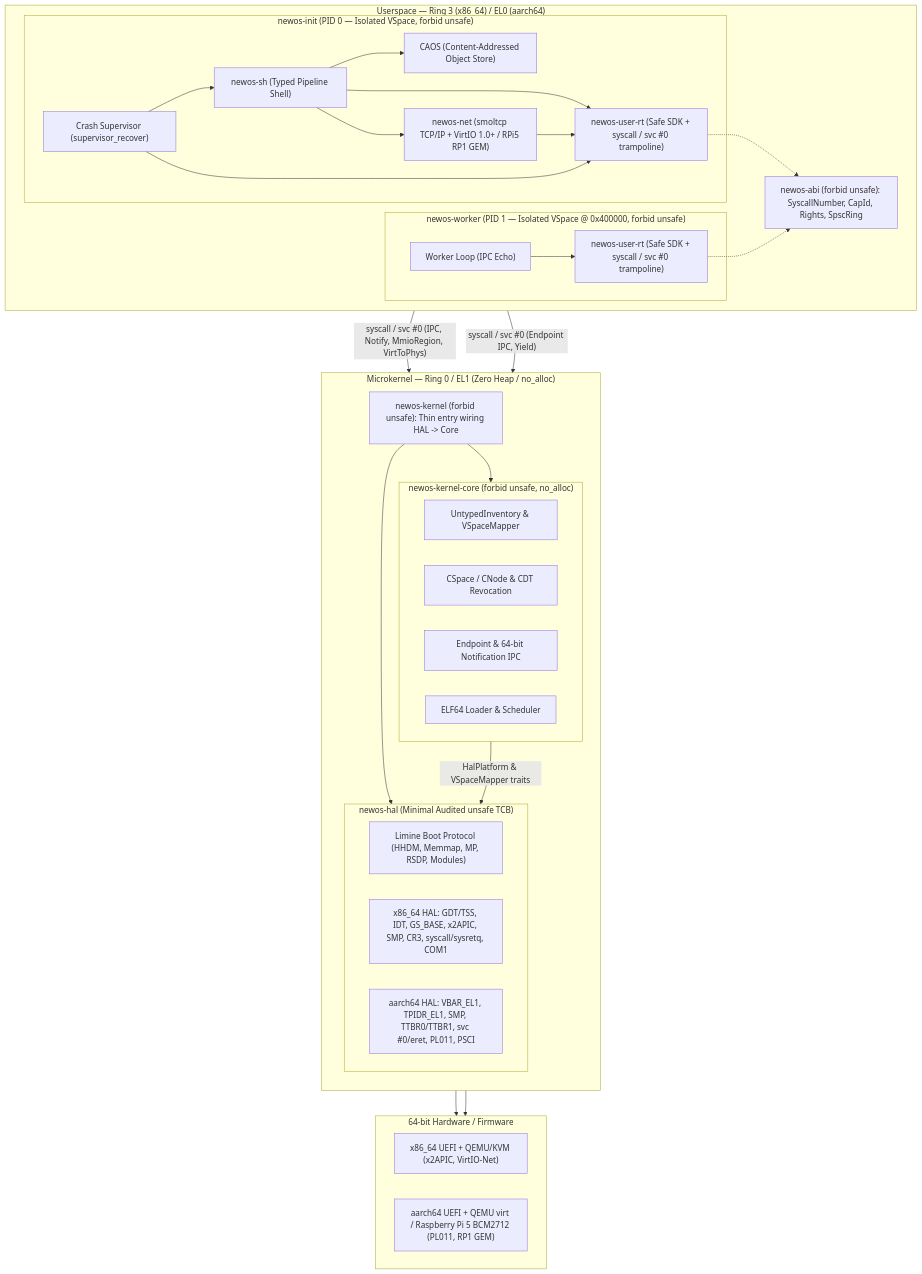
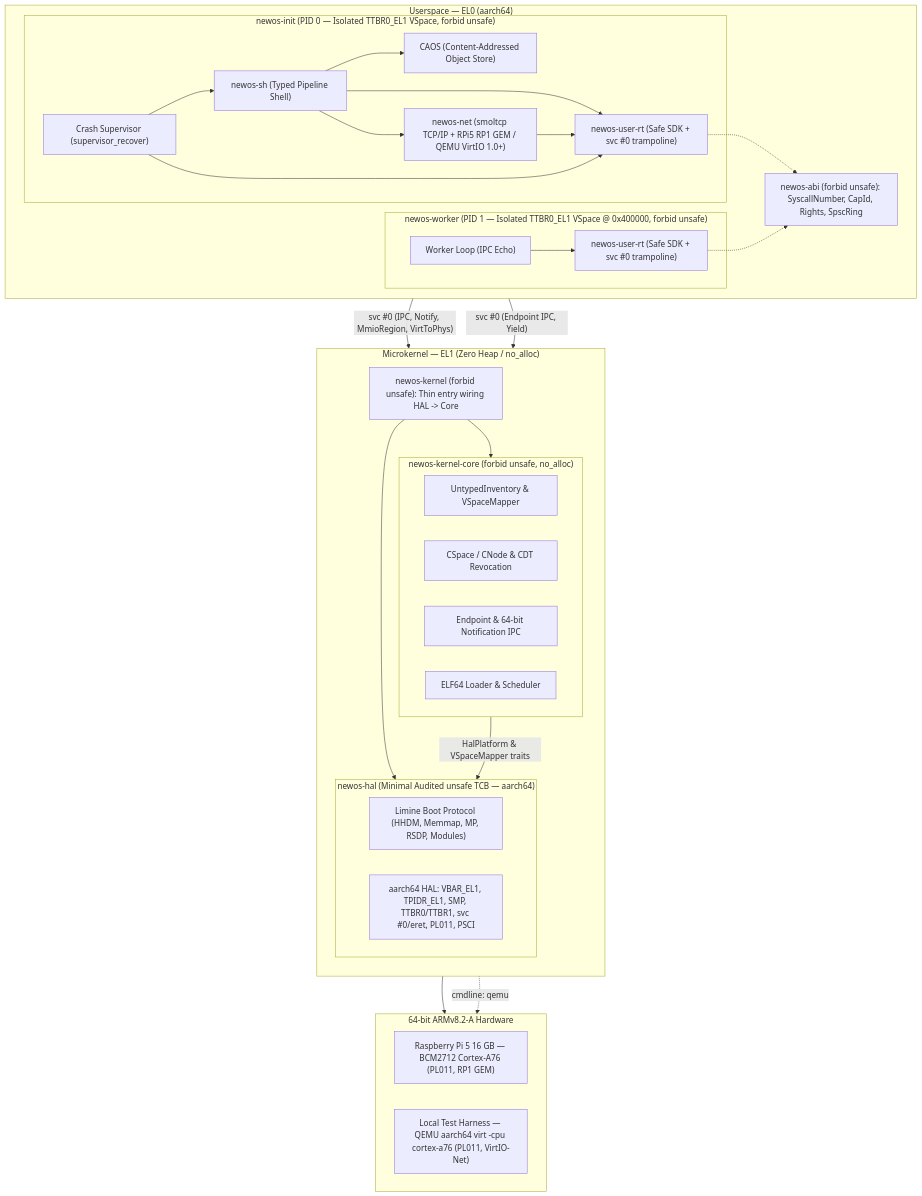
The first of 2 diagrams in README.md (laurentgrangeau/newos), drawn with Mermaid before and after one commit. The commit also changed other lines of this file and 37 other files, not shown here.

Commit message:
refactor: target Raspberry Pi 5 16 GB (aarch64/BCM2712) exclusively

````diff
--- a/README.md
+++ b/README.md
@@ -24,65 +23,64 @@
 ```mermaid
 flowchart TB
-    subgraph Userspace["Userspace — Ring 3 (x86_64) / EL0 (aarch64)"]
+    subgraph Userspace["Userspace — EL0 (aarch64)"]
         direction LR
 
-        subgraph InitProc["newos-init (PID 0 — Isolated VSpace, forbid unsafe)"]
+        subgraph InitProc["newos-init (PID 0 — Isolated TTBR0_EL1 VSpace, forbid unsafe)"]
             Shell["newos-sh (Typed Pipeline Shell)"]
             CAOS["CAOS (Content-Addressed Object Store)"]
             Sup["Crash Supervisor (supervisor_recover)"]
-            Net["newos-net (smoltcp TCP/IP + VirtIO 1.0+ / RPi5 RP1 GEM)"]
-            InitRT["newos-user-rt (Safe SDK + syscall / svc #0 trampoline)"]
+            Net["newos-net (smoltcp TCP/IP + RPi5 RP1 GEM / QEMU VirtIO 1.0+)"]
+            InitRT["newos-user-rt (Safe SDK + svc #0 trampoline)"]
             Shell --> CAOS
             Shell --> Net
             Sup --> Shell
             Shell --> InitRT
             Net --> InitRT
             Sup --> InitRT
         end
 
-        subgraph WorkerProc["newos-worker (PID 1 — Isolated VSpace @ 0x400000, forbid unsafe)"]
+        subgraph WorkerProc["newos-worker (PID 1 — Isolated TTBR0_EL1 VSpace @ 0x400000, forbid unsafe)"]
             WorkerMain["Worker Loop (IPC Echo)"]
-            WorkerRT["newos-user-rt (Safe SDK + syscall / svc #0 trampoline)"]
+            WorkerRT["newos-user-rt (Safe SDK + svc #0 trampoline)"]
             WorkerMain --> WorkerRT
         end
 
         ABI["newos-abi (forbid unsafe): SyscallNumber, CapId, Rights, SpscRing"]
         InitRT -.-> ABI
         WorkerRT -.-> ABI
     end
 
-    subgraph Kernel["Microkernel — Ring 0 / EL1 (Zero Heap / no_alloc)"]
+    subgraph Kernel["Microkernel — EL1 (Zero Heap / no_alloc)"]
         direction TB
         KernelBin["newos-kernel (forbid unsafe): Thin entry wiring HAL -> Core"]
 
         subgraph Core["newos-kernel-core (forbid unsafe, no_alloc)"]
             direction LR
             Mem["UntypedInventory & VSpaceMapper"]
             CSpace["CSpace / CNode & CDT Revocation"]
             IPC["Endpoint & 64-bit Notification IPC"]
             ELF["ELF64 Loader & Scheduler"]
         end
 
-        subgraph HAL["newos-hal (Minimal Audited unsafe TCB)"]
+        subgraph HAL["newos-hal (Minimal Audited unsafe TCB — aarch64)"]
             direction LR
             Boot["Limine Boot Protocol (HHDM, Memmap, MP, RSDP, Modules)"]
-            X86["x86_64 HAL: GDT/TSS, IDT, GS_BASE, x2APIC, SMP, CR3, syscall/sysretq, COM1"]
             ARM["aarch64 HAL: VBAR_EL1, TPIDR_EL1, SMP, TTBR0/TTBR1, svc #0/eret, PL011, PSCI"]
         end
 
         KernelBin --> Core
         KernelBin --> HAL
         Core -- "HalPlatform & VSpaceMapper traits" --> HAL
     end
 
-    subgraph HW["64-bit Hardware / Firmware"]
+    subgraph HW["64-bit ARMv8.2-A Hardware"]
         direction LR
-        HW_X86["x86_64 UEFI + QEMU/KVM (x2APIC, VirtIO-Net)"]
-        HW_ARM["aarch64 UEFI + QEMU virt / Raspberry Pi 5 BCM2712 (PL011, RP1 GEM)"]
+        HW_RPI5["Raspberry Pi 5 16 GB — BCM2712 Cortex-A76 (PL011, RP1 GEM)"]
+        HW_QEMU["Local Test Harness — QEMU aarch64 virt -cpu cortex-a76 (PL011, VirtIO-Net)"]
     end
 
-    InitRT -- "syscall / svc #0 (IPC, Notify, MmioRegion, VirtToPhys)" --> HAL
-    WorkerRT -- "syscall / svc #0 (Endpoint IPC, Yield)" --> HAL
-    X86 --> HW_X86
-    ARM --> HW_ARM
+    InitRT -- "svc #0 (IPC, Notify, MmioRegion, VirtToPhys)" --> HAL
+    WorkerRT -- "svc #0 (Endpoint IPC, Yield)" --> HAL
+    ARM --> HW_RPI5
+    ARM -. "cmdline: qemu" .-> HW_QEMU
 ```
````
